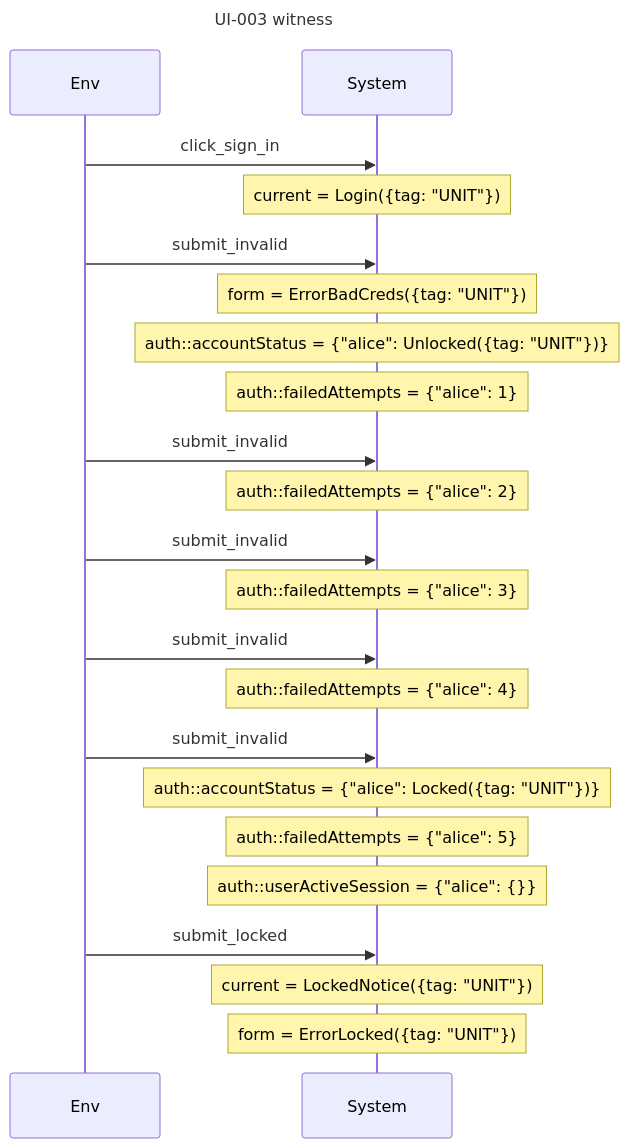
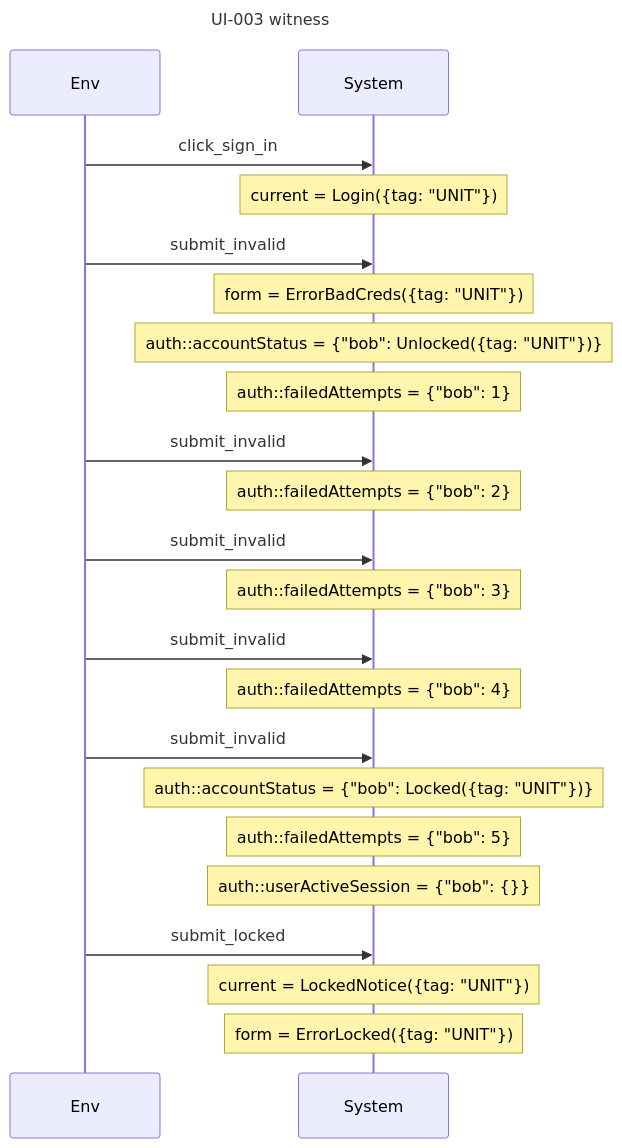
The fourth of 8 diagrams in examples/specs/auth-ui.readback.md (AlesKracik/quintessence), drawn with Mermaid before and after one commit. The commit also changed other lines of this file and 60 other files, not shown here.

````diff
--- a/examples/specs/auth-ui.readback.md
+++ b/examples/specs/auth-ui.readback.md
@@ -399,25 +404,25 @@
 ```mermaid
 sequenceDiagram
     title UI-003 witness
     participant E as Env
     participant S as System
     E->>S: click_sign_in
     Note over S: current = Login({tag: "UNIT"})
     E->>S: submit_invalid
     Note over S: form = ErrorBadCreds({tag: "UNIT"})
-    Note over S: auth::accountStatus = {"alice": Unlocked({tag: "UNIT"})}
-    Note over S: auth::failedAttempts = {"alice": 1}
+    Note over S: auth::accountStatus = {"bob": Unlocked({tag: "UNIT"})}
+    Note over S: auth::failedAttempts = {"bob": 1}
     E->>S: submit_invalid
-    Note over S: auth::failedAttempts = {"alice": 2}
+    Note over S: auth::failedAttempts = {"bob": 2}
     E->>S: submit_invalid
-    Note over S: auth::failedAttempts = {"alice": 3}
+    Note over S: auth::failedAttempts = {"bob": 3}
     E->>S: submit_invalid
-    Note over S: auth::failedAttempts = {"alice": 4}
+    Note over S: auth::failedAttempts = {"bob": 4}
     E->>S: submit_invalid
-    Note over S: auth::accountStatus = {"alice": Locked({tag: "UNIT"})}
-    Note over S: auth::failedAttempts = {"alice": 5}
-    Note over S: auth::userActiveSession = {"alice": {}}
+    Note over S: auth::accountStatus = {"bob": Locked({tag: "UNIT"})}
+    Note over S: auth::failedAttempts = {"bob": 5}
+    Note over S: auth::userActiveSession = {"bob": {}}
     E->>S: submit_locked
     Note over S: current = LockedNotice({tag: "UNIT"})
     Note over S: form = ErrorLocked({tag: "UNIT"})
 ```
````
